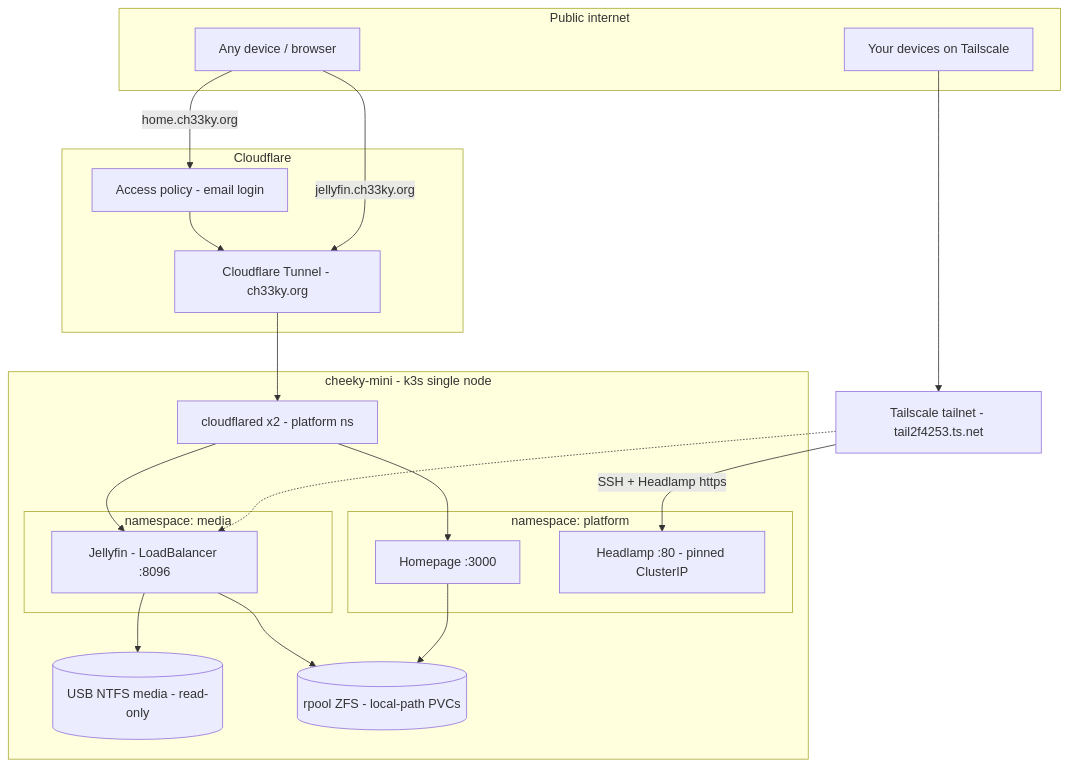
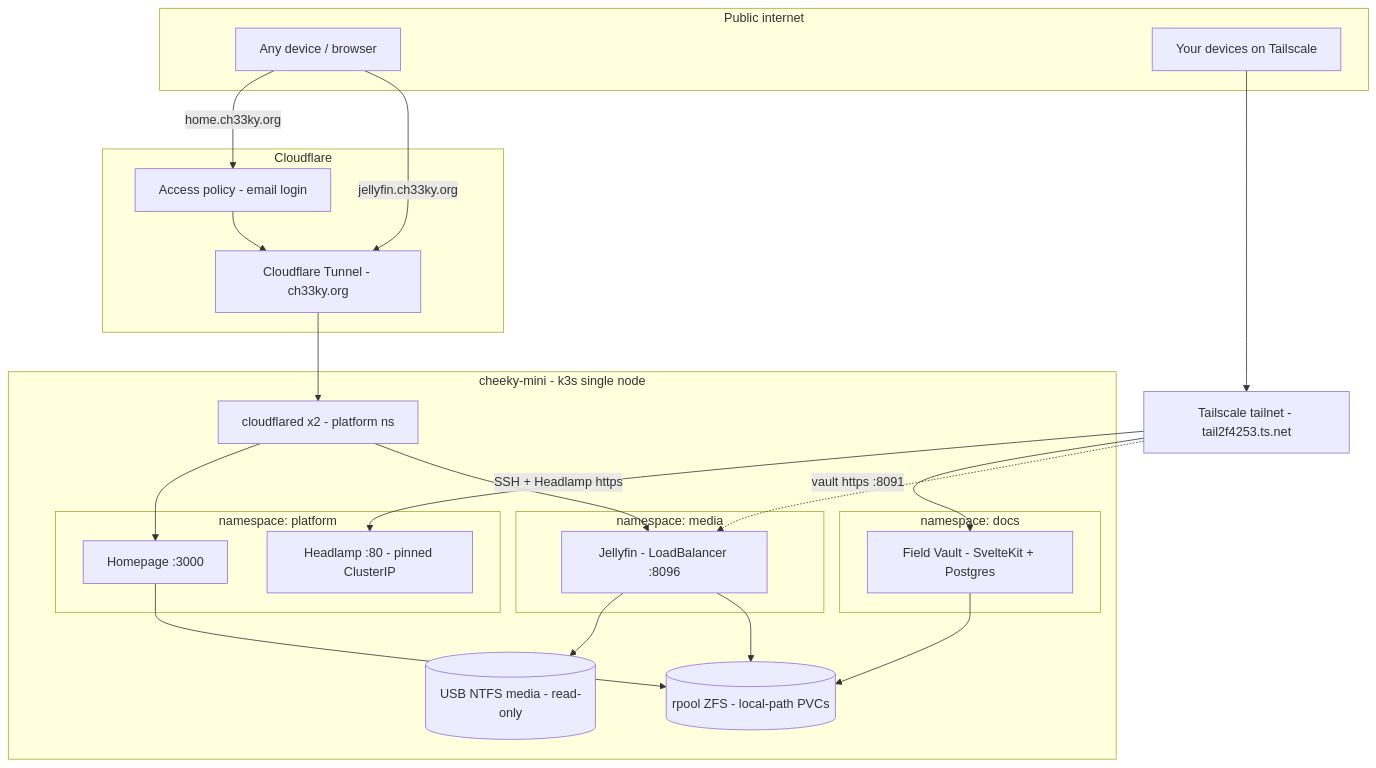
Before and after one commit to rj-1234/homelab: the diagram in README.md, drawn with Mermaid. The commit also changed other lines of this file and 1 other file, not shown here.

First line of the commit message:
docs: refresh READMEs for the field vault

````diff
--- a/README.md
+++ b/README.md
@@ -29,39 +30,44 @@
 ```mermaid
 flowchart TB
     subgraph internet [Public internet]
         user[Any device / browser]
         phone[Your devices on Tailscale]
     end
 
     subgraph cf [Cloudflare]
         access[Access policy - email login]
         tunnel[Cloudflare Tunnel - ch33ky.org]
     end
 
     ts[Tailscale tailnet - tail2f4253.ts.net]
 
     subgraph node [cheeky-mini - k3s single node]
         cfd[cloudflared x2 - platform ns]
         subgraph media [namespace: media]
             jelly[Jellyfin - LoadBalancer :8096]
         end
         subgraph platform [namespace: platform]
             home[Homepage :3000]
             head[Headlamp :80 - pinned ClusterIP]
         end
+        subgraph docs [namespace: docs]
+            vault[Field Vault - SvelteKit + Postgres]
+        end
         usb[(USB NTFS media - read-only)]
         zfs[(rpool ZFS - local-path PVCs)]
     end
 
     user -->|home.ch33ky.org| access --> tunnel
     user -->|jellyfin.ch33ky.org| tunnel
     tunnel --> cfd
     cfd --> home
     cfd --> jelly
     phone --> ts
     ts -->|SSH + Headlamp https| head
+    ts -->|vault https :8091| vault
     ts -.-> jelly
+    vault --> zfs
     jelly --> usb
     jelly --> zfs
     home --> zfs
 ```
````
